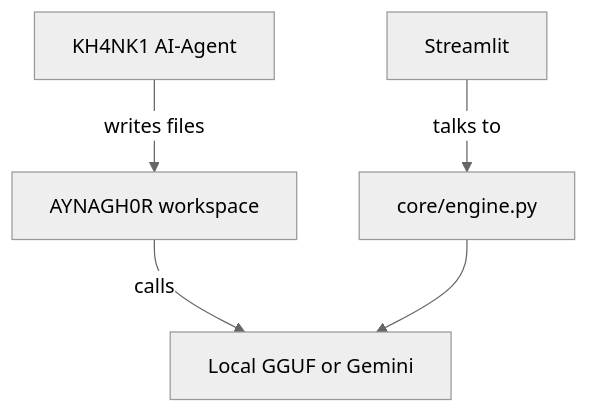
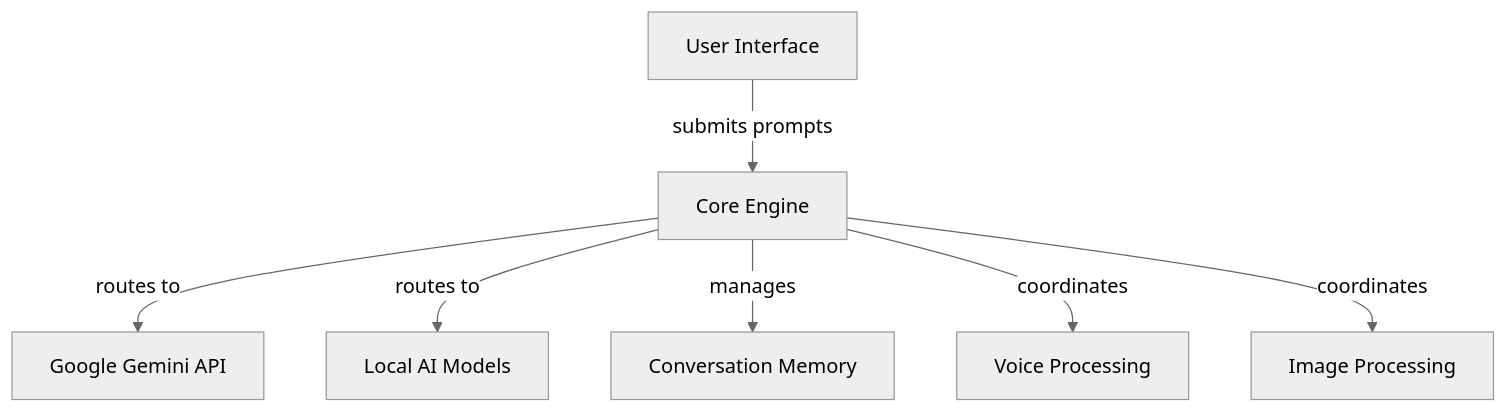
The diagram in workspace/aynaghor/README.md (satyriassis/aynaghor), drawn with Mermaid (neutral theme) before and after one commit. The commit also changed other lines of this file, not shown here.

Commit message:
Auto-commit: Agent tool execution

````diff
--- a/workspace/aynaghor/README.md
+++ b/workspace/aynaghor/README.md
@@ -16,7 +28,9 @@
 ```mermaid
 graph TD;
-    Agent[KH4NK1 AI‑Agent] -->|writes files| App[AYNAGH0R workspace];
-    App -->|calls| LLM[Local GGUF or Gemini];
-    UI[Streamlit] -->|talks to| Engine[core/engine.py];
-    Engine --> LLM;
+    User[User Interface] -->|submits prompts| Engine[Core Engine];
+    Engine -->|routes to| Gemini[Google Gemini API];
+    Engine -->|routes to| LocalAI[Local AI Models];
+    Engine -->|manages| Memory[Conversation Memory];
+    Engine -->|coordinates| Voice[Voice Processing];
+    Engine -->|coordinates| Image[Image Processing];
 ```
````
